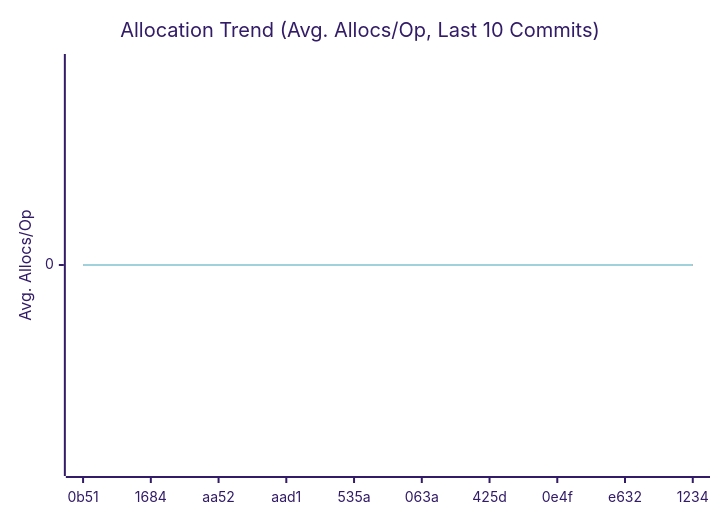
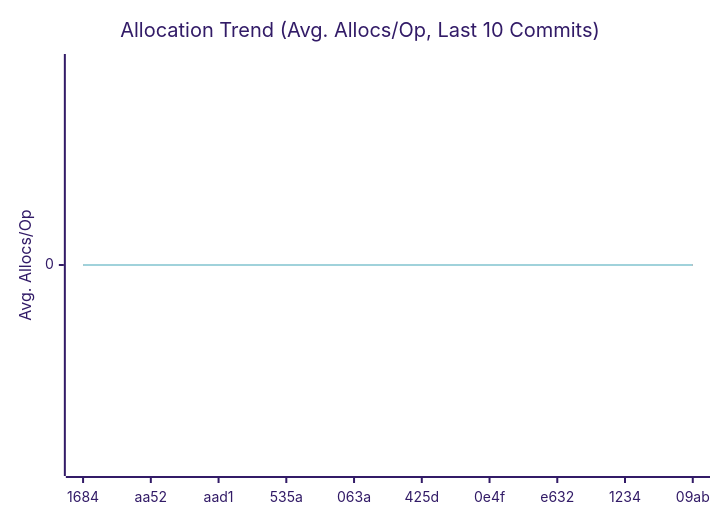
Before and after one commit to alsotoes/momo: the third of 3 diagrams in doc/README.md, drawn with Mermaid (forest theme). The commit also changed other lines of this file and 1 other file, not shown here.

````diff
--- a/doc/README.md
+++ b/doc/README.md
@@ -312,10 +312,10 @@
 ```mermaid
 xychart-beta
     title "Allocation Trend (Avg. Allocs/Op, Last 10 Commits)"
     x-axis "Commit"
     y-axis "Avg. Allocs/Op"
-    x-axis [0b51,1684,aa52,aad1,535a,063a,425d,0e4f,e632,1234]
+    x-axis [1684,aa52,aad1,535a,063a,425d,0e4f,e632,1234,09ab]
     line "CheckMetricsAndSwap" [0,0,0,0,0,0,0,0,0,0]
     line "IndexDirectTracking" [0,0,0,0,0,0,0,0,0,0]
     line "IndexSearch" [0,0,0,0,0,0,0,0,0,0]
 ```
````
